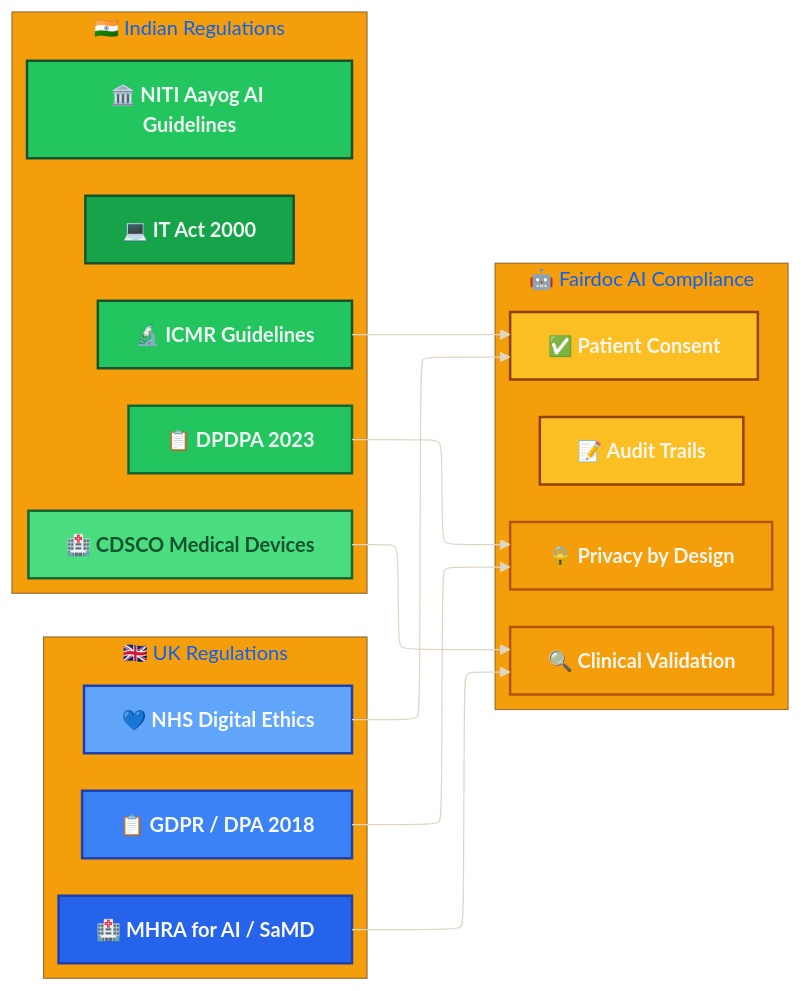
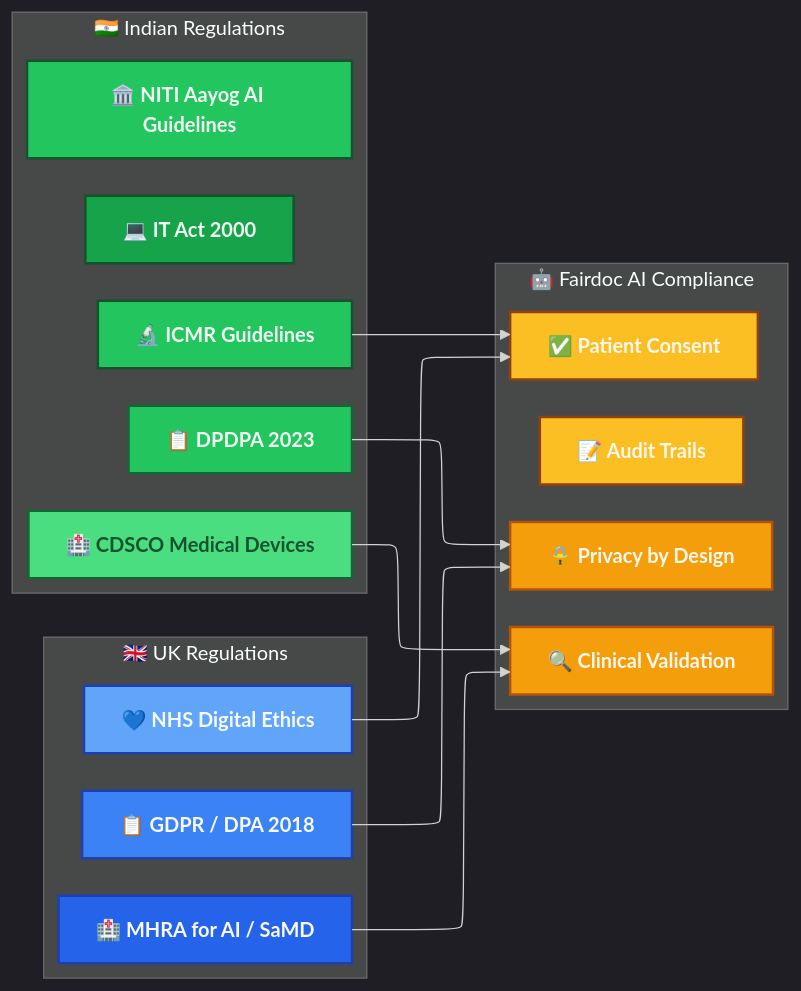
Diagram 13 of 20 in report.md (hr1juldey/FairWorks_FairDOC), drawn with Mermaid before and after one commit. The commit also changed other lines of this file, not shown here.

````diff
--- a/report.md
+++ b/report.md
@@ -602,52 +602,52 @@
 ```mermaid
 ---
 config:
-  theme: base
+  theme: dark
   themeVariables:
     primaryColor: '#2563eb'
     primaryTextColor: '#f3f4f6'
     secondaryColor: '#22c55e'
     tertiaryColor: '#f59e0b'
     background: '#1e293b'
     nodeBorder: '#94a3b8'
   layout: elk
 ---
 flowchart LR
  subgraph subGraph0["🇬🇧 UK Regulations"]
         GDPR["📋 GDPR / DPA 2018"]
         MHRA["🏥 MHRA for AI / SaMD"]
         NHS["💙 NHS Digital Ethics"]
   end
  subgraph subGraph1["🇮🇳 Indian Regulations"]
         DPDPA["📋 DPDPA 2023"]
         IT["💻 IT Act 2000"]
         CDSCO["🏥 CDSCO Medical Devices"]
         NITI["🏛️ NITI Aayog AI Guidelines"]
         ICMR["🔬 ICMR Guidelines"]
   end
  subgraph subGraph2["🤖 Fairdoc AI Compliance"]
         PRIVACY["🔒 Privacy by Design"]
         CONSENT["✅ Patient Consent"]
         AUDIT["📝 Audit Trails"]
         VALIDATION["🔍 Clinical Validation"]
   end
     GDPR --> PRIVACY
     DPDPA --> PRIVACY
     MHRA --> VALIDATION
     CDSCO --> VALIDATION
     NHS --> CONSENT
     ICMR --> CONSENT
     style GDPR fill:#3b82f6,stroke:#1e40af,color:#f8fafc,stroke-width:2px,font-weight:bold
     style MHRA fill:#2563eb,stroke:#1e40af,color:#f8fafc,stroke-width:2px,font-weight:bold
     style NHS fill:#60a5fa,stroke:#1e40af,color:#f8fafc,stroke-width:2px,font-weight:bold
     style DPDPA fill:#22c55e,stroke:#166534,color:#f0fdf4,stroke-width:2px,font-weight:bold
     style IT fill:#16a34a,stroke:#14532d,color:#f0fdf4,stroke-width:2px,font-weight:bold
     style CDSCO fill:#4ade80,stroke:#166534,color:#14532d,stroke-width:2px,font-weight:bold
     style NITI fill:#22c55e,stroke:#14532d,color:#f0fdf4,stroke-width:2px,font-weight:bold
     style ICMR fill:#22c55e,stroke:#14532d,color:#f0fdf4,stroke-width:2px,font-weight:bold
     style PRIVACY fill:#f59e0b,stroke:#b45309,color:#fff7ed,stroke-width:2px,font-weight:bold
     style CONSENT fill:#fbbf24,stroke:#92400e,color:#fff7ed,stroke-width:2px,font-weight:bold
     style AUDIT fill:#fbbf24,stroke:#92400e,color:#fff7ed,stroke-width:2px,font-weight:bold
     style VALIDATION fill:#f59e0b,stroke:#b45309,color:#fff7ed,stroke-width:2px,font-weight:bold
 
 ```
````
